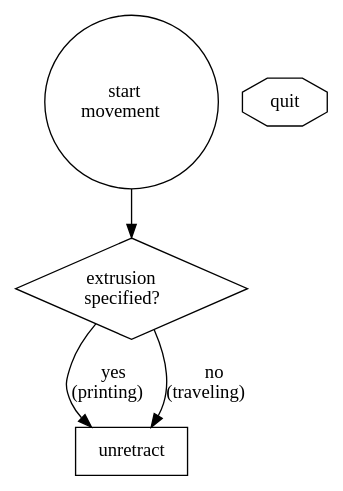
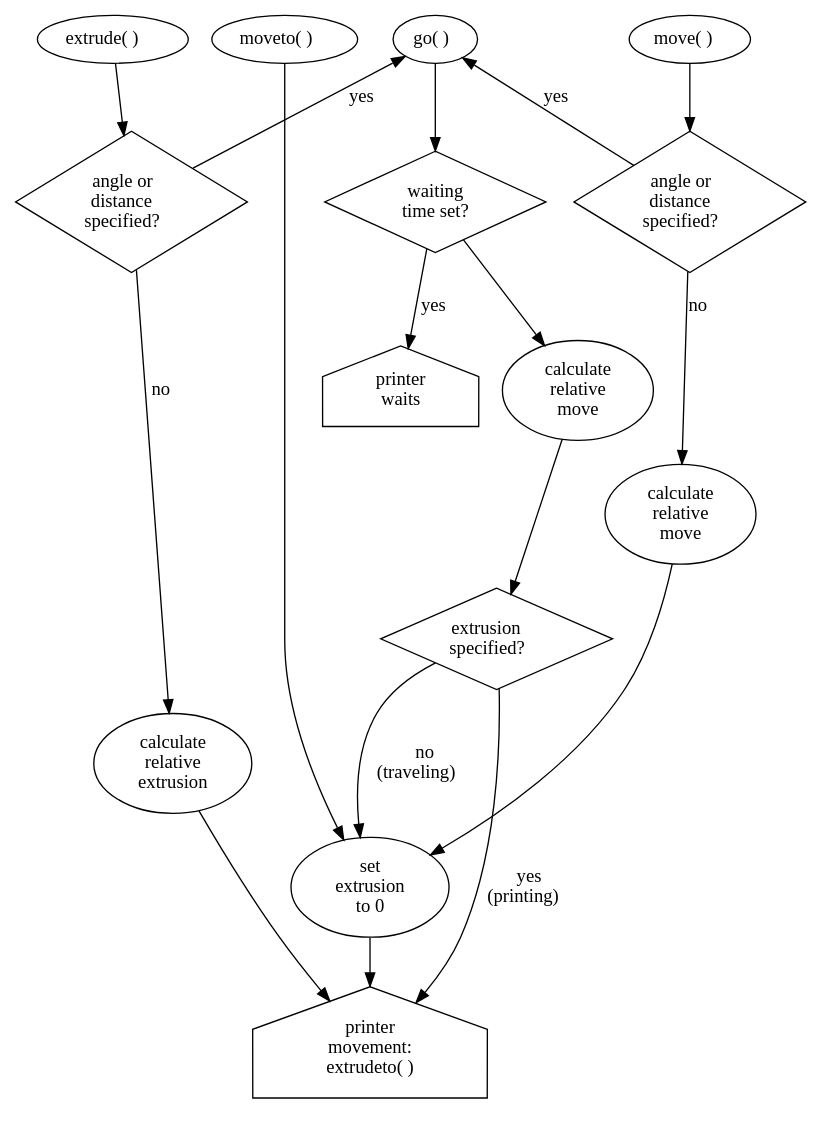
The diagram in reference/print.dot (pixelpusher/liveprinter), drawn with Graphviz before and after one commit. The commit also changed 1 other file, not shown here.

Commit message:
updating diagrams and simplifying movement logic, before diagramming extrudeto()

```diff
--- a/reference/print.dot
+++ b/reference/print.dot
@@ -1,63 +1,112 @@
 /*
 
 go: 
 
 wait 
 or
 use stored vars to convert to cartesian
 run extrudeto
 
 */
 
 
 
 /*
 extrudeto
 let extrusionSpecified = (params.e !== undefined);
         // set retract, but if only e given don't retract (that would be dumb)
         // remember that a retract setting here overrides internal autoretract!
         let retract = (params.retract === undefined) ? !extrusionSpecified && this._autoRetract : params.retract; // don't retract if given e value alone, no matter what
 
         if (Math.abs(__e - this.e) > 0.01) 
         {
             this.currentRetraction = 0; //clear retraction if we go manual
         }
 
 */
 
-digraph retract {
+digraph movement {
+
     splines="TRUE";
 
     /* Entities */
-    start [label=<start<br/>movement>, shape="circle" ]
-    
+
+    //start [shape="point"]
+
+    startgo [label=<go( )>, shape="ellipse" ]
+
+    checkwait [label="waiting\ntime set?" shape="diamond"]    
+
+    "printer\nwaits" [shape="house"]
+
+    calcmovedist  [label="calculate\nrelative\nmove"]
+
+    startmoveto [label=<moveto( )>, shape="ellipse" ]
+
+
+    startmove [label=<move( )>, shape="ellipse" ]
+
+    checkparamsmove [label=<angle or<br/>distance<br/>specified?> shape="diamond"]    
+
+    startextrude [label=<extrude( )>, shape="ellipse" ]
+
+    checkparams [label=<angle or<br/>distance<br/>specified?> shape="diamond"]    
+
     checkextruding [label=<extrusion<br/>specified?> shape="diamond"]    
     
-    unretract [label=<unretract> shape="rect"]
+    "printer\nmovement" [label="printer\nmovement:\nextrudeto( )", shape="house"]
 
-    //error [label=<throw error> shape="doubleoctagon"]
+    /* Relationships */
     
-    // wait [label=<wait for<br/>
-    // response from<br/>
-    // printer>]
-
-    quit [shape="octagon"]
+    //start -> {startgo startextrude startmove}
 
 
-    /* Relationships */
-    start -> checkextruding
+    startmove -> checkparamsmove 
+    checkparamsmove -> startgo [label="yes"]
+    checkparamsmove -> calcmovedist [label="no"]
+    calcmovedist -> "set\nextrusion\nto 0"
+    //"set\nextrusion\nto 0" -> "set\ntravel speed"
 
-    checkextruding -> unretract [label=<yes<br/>(printing)>]
+    "set\nextrusion\nto 0" -> "printer\nmovement"
 
-    checkextruding -> unretract [label=<no<br/>(traveling)>]
+    startmoveto -> "set\nextrusion\nto 0"
+    
+    ////// EXTRUDE () --------------------
+    
+    startextrude -> checkparams
+
+    checkparams -> startgo [label=<yes>]
+
+    checkparams -> "calculate\nrelative\nextrusion" [label=<no>]
+
+    "calculate\nrelative\nextrusion" -> "printer\nmovement"
+
+
+    ////// GO () -------------------------
+
+    startgo -> checkwait
+
+    checkwait -> "calculate\nrelative\nmove"
+
+    "calculate\nrelative\nmove" -> checkextruding
+
+    checkwait -> "printer\nwaits"  [label="yes"]
+
+    checkextruding -> "printer\nmovement" [label=<yes<br/>(printing)>]
+
+    checkextruding -> "set\nextrusion\nto 0" [label=<no<br/>(traveling)>]
+
+    //"set\nprint speed" -> "printer\nmovement"
+
+    //"set\ntravel speed" -> "printer\nmovement"
 
     //unretract -> error [label="printer error"]
 
     //unretract -> "printing"
 
     //wait -> quit[label="response received"]
     //wait -> error[label="no response"]
 
     /* Ranks */
-    { rank=same; };
+    subgraph start { rank=same; startgo; startextrude; startmove; startmoveto};
 }
```
